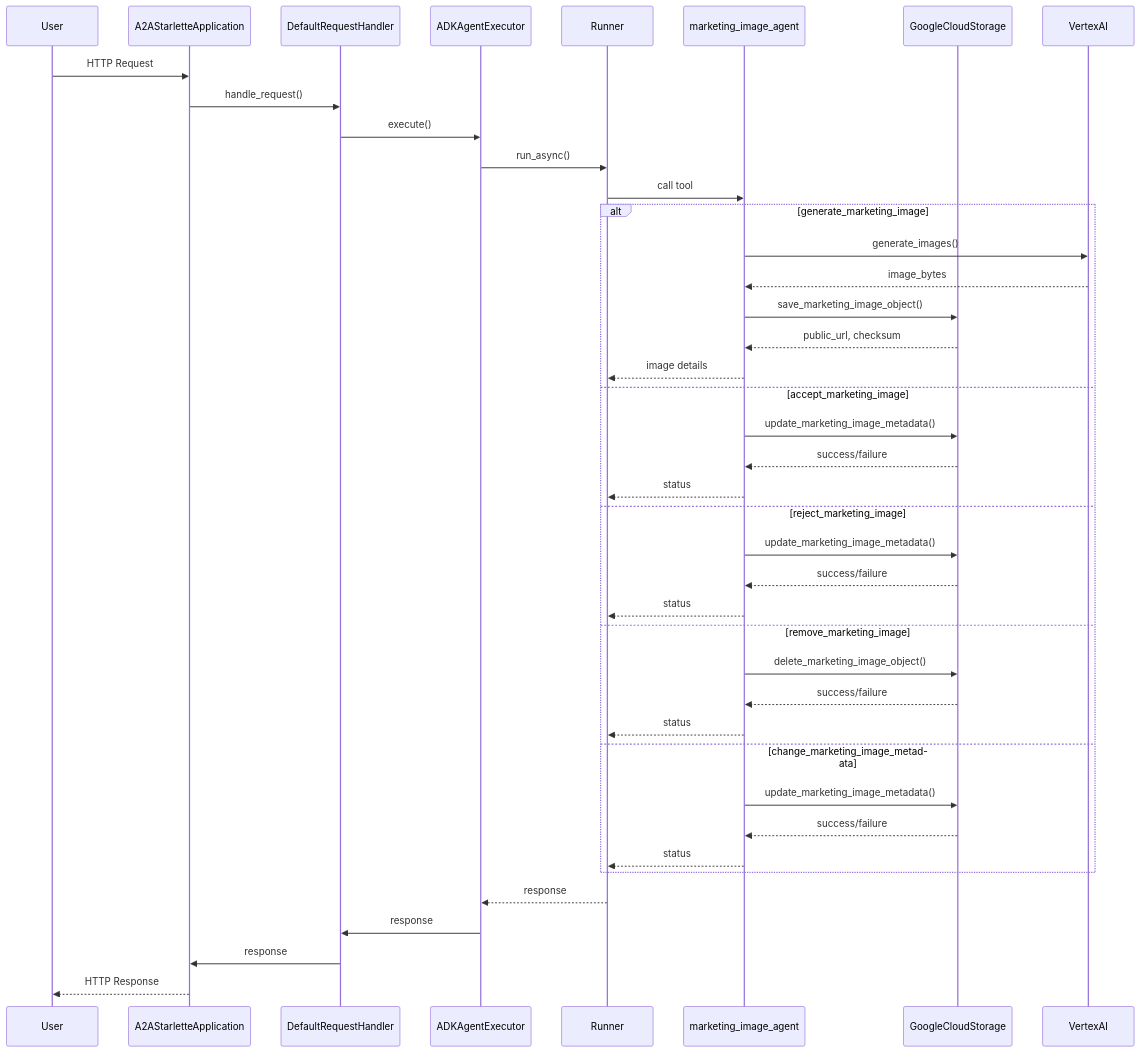
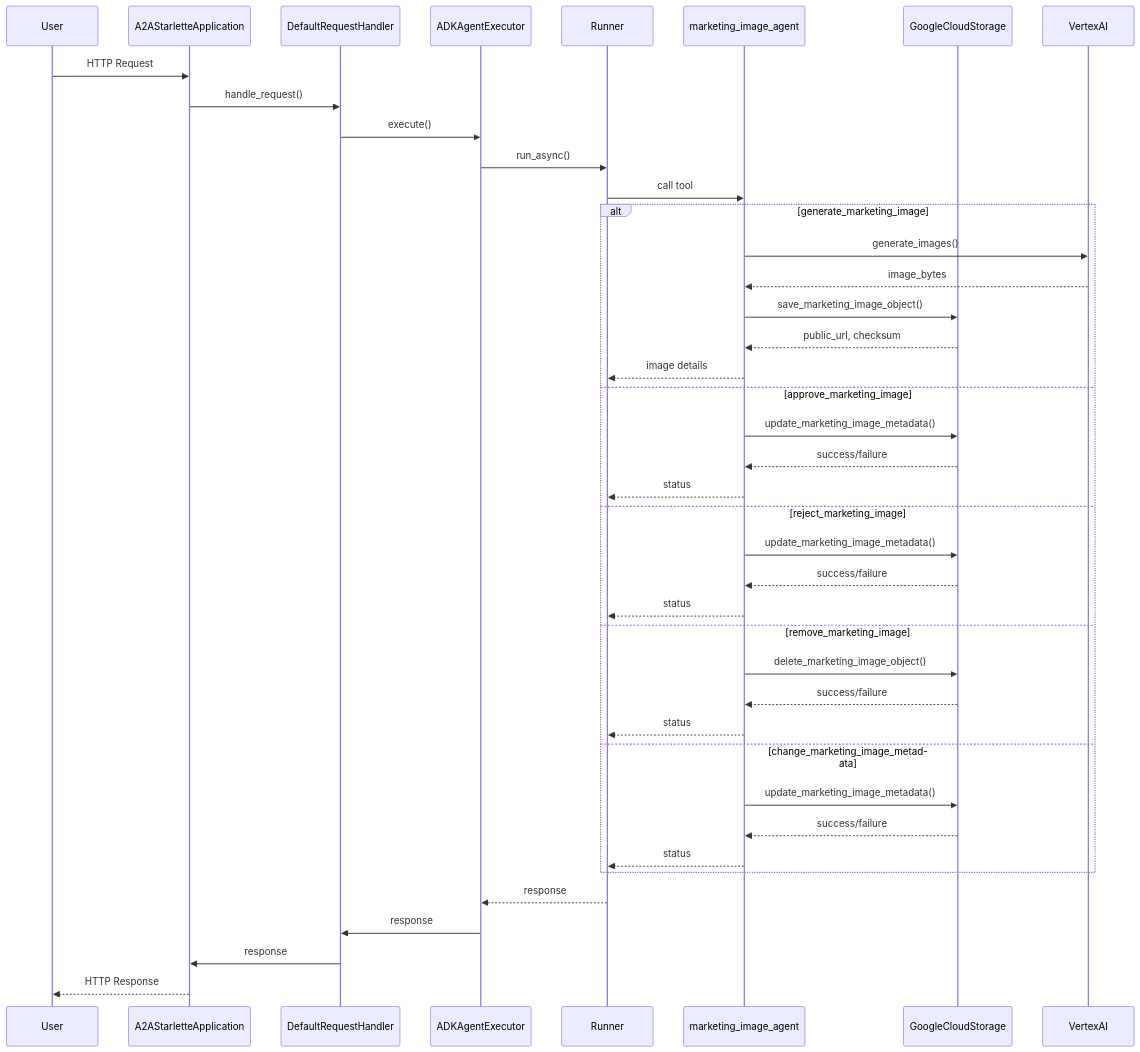
Before and after one commit to rbannist/hexagonal-adk-ai-agent: the diagram in 0/README.md, drawn with Mermaid. The commit also changed 29 other files, not shown here.

Commit message:
feat: from accept to approve

````diff
--- a/0/README.md
+++ b/0/README.md
@@ -35,44 +35,44 @@
 ```mermaid
 sequenceDiagram
     participant User
     participant A2AStarletteApplication
     participant DefaultRequestHandler
     participant ADKAgentExecutor
     participant Runner
     participant marketing_image_agent
     participant GoogleCloudStorage
     participant VertexAI
 
     User->>A2AStarletteApplication: HTTP Request
     A2AStarletteApplication->>DefaultRequestHandler: handle_request()
     DefaultRequestHandler->>ADKAgentExecutor: execute()
     ADKAgentExecutor->>Runner: run_async()
     Runner->>marketing_image_agent: call tool
     alt generate_marketing_image
         marketing_image_agent->>VertexAI: generate_images()
         VertexAI-->>marketing_image_agent: image_bytes
         marketing_image_agent->>GoogleCloudStorage: save_marketing_image_object()
         GoogleCloudStorage-->>marketing_image_agent: public_url, checksum
         marketing_image_agent-->>Runner: image details
-    else accept_marketing_image
+    else approve_marketing_image
         marketing_image_agent->>GoogleCloudStorage: update_marketing_image_metadata()
         GoogleCloudStorage-->>marketing_image_agent: success/failure
         marketing_image_agent-->>Runner: status
     else reject_marketing_image
         marketing_image_agent->>GoogleCloudStorage: update_marketing_image_metadata()
         GoogleCloudStorage-->>marketing_image_agent: success/failure
         marketing_image_agent-->>Runner: status
     else remove_marketing_image
         marketing_image_agent->>GoogleCloudStorage: delete_marketing_image_object()
         GoogleCloudStorage-->>marketing_image_agent: success/failure
         marketing_image_agent-->>Runner: status
     else change_marketing_image_metadata
         marketing_image_agent->>GoogleCloudStorage: update_marketing_image_metadata()
         GoogleCloudStorage-->>marketing_image_agent: success/failure
         marketing_image_agent-->>Runner: status
     end
     Runner-->>ADKAgentExecutor: response
     ADKAgentExecutor->>DefaultRequestHandler: response
     DefaultRequestHandler->>A2AStarletteApplication: response
     A2AStarletteApplication-->>User: HTTP Response
 ```
````
